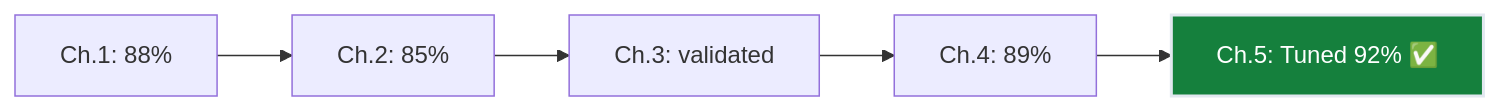
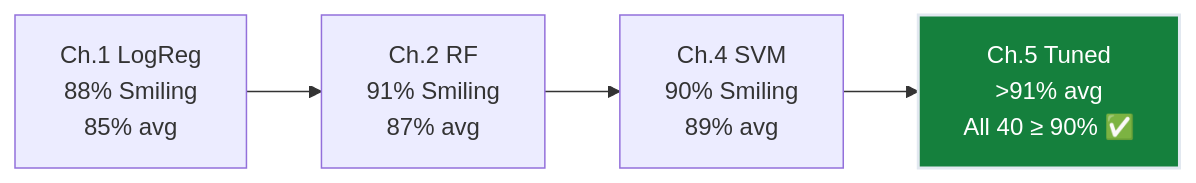
Before and after one commit to deepakshamsft/ai-portfolio: the first of 4 diagrams in notes/01-ml/02_classification/ch05_hyperparameter_tuning/README.md, drawn with Mermaid. The commit also changed other lines of this file and 727 other files, not shown here.

````diff
--- a/notes/01-ml/02_classification/ch05_hyperparameter_tuning/README.md
+++ b/notes/01-ml/02_classification/ch05_hyperparameter_tuning/README.md
@@ -52,8 +47,7 @@
 ```mermaid
 graph LR
-    A["Ch.1: 88%"] --> B["Ch.2: 85%"]
-    B --> C["Ch.3: validated"]
-    C --> D["Ch.4: 89%"]
-    D --> E["Ch.5: Tuned 92% ✅"]
-    style E fill:#15803d,stroke:#e2e8f0,stroke-width:2px,color:#ffffff
+    A["Ch.1 LogReg\n88% Smiling\n85% avg"] --> B["Ch.2 RF\n91% Smiling\n87% avg"]
+    B --> C["Ch.4 SVM\n90% Smiling\n89% avg"]
+    C --> D["Ch.5 Tuned\n>91% avg\nAll 40 ≥ 90% ✅"]
+    style D fill:#15803d,stroke:#e2e8f0,stroke-width:2px,color:#ffffff
 ```
````
